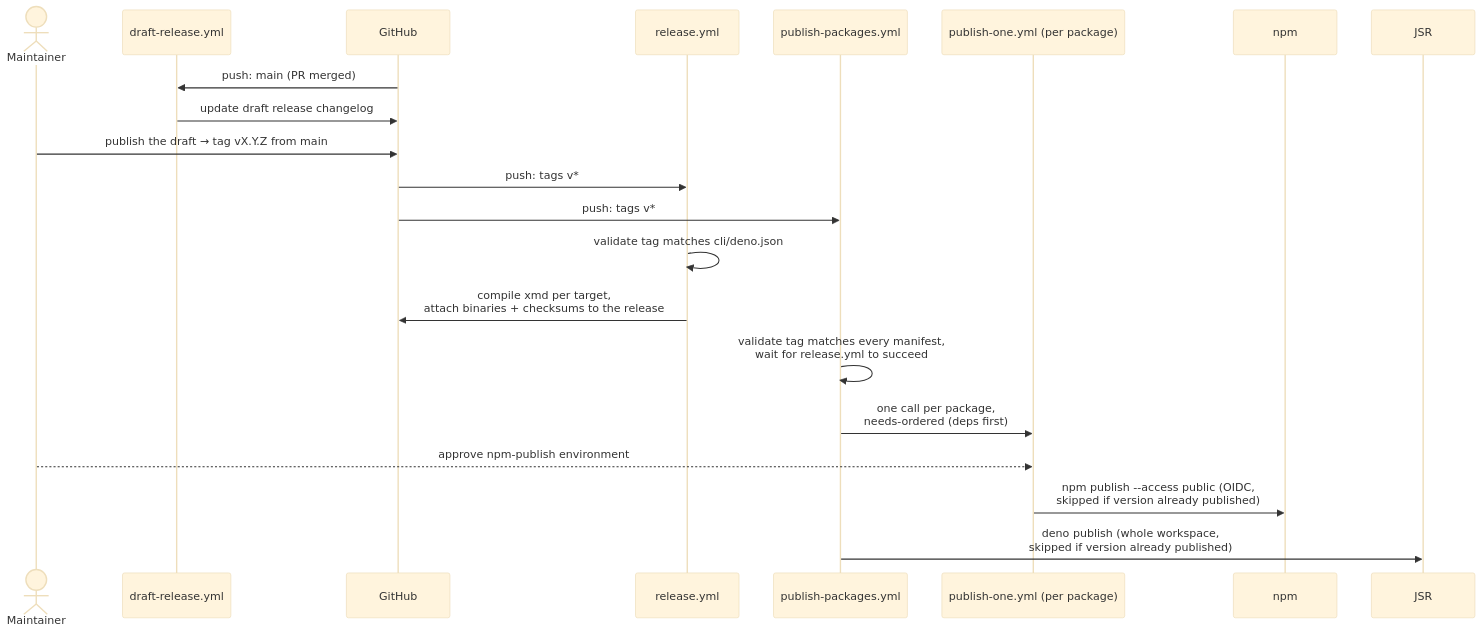
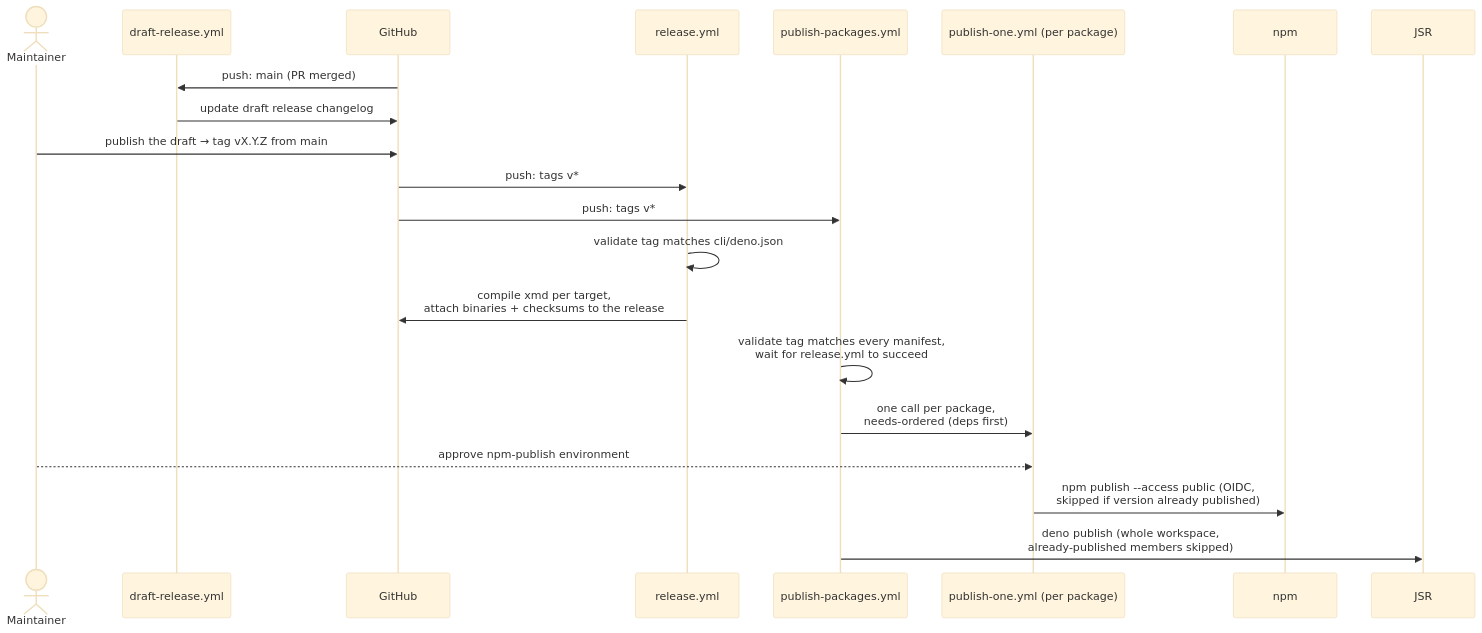
Before and after one commit to taras/executable.md: the diagram in specs/release-process-spec.md, drawn with Mermaid (base theme). The commit also changed other lines of this file and 3 other files, not shown here.

First line of the commit message:
🐛 fix(ci): let deno publish provide JSR idempotency per member

````diff
--- a/specs/release-process-spec.md
+++ b/specs/release-process-spec.md
@@ -24,24 +24,24 @@
 ```mermaid
 sequenceDiagram
     actor M as Maintainer
     participant DR as draft-release.yml
     participant GH as GitHub
     participant R as release.yml
     participant PP as publish-packages.yml
     participant PO as publish-one.yml (per package)
     participant NPM as npm
     participant JSR as JSR
 
     GH->>DR: push: main (PR merged)
     DR->>GH: update draft release changelog
     M->>GH: publish the draft → tag vX.Y.Z from main
     GH->>R: push: tags v*
     GH->>PP: push: tags v*
     R->>R: validate tag matches cli/deno.json
     R->>GH: compile xmd per target,<br/>attach binaries + checksums to the release
     PP->>PP: validate tag matches every manifest,<br/>wait for release.yml to succeed
     PP->>PO: one call per package,<br/>needs-ordered (deps first)
     M-->>PO: approve npm-publish environment
     PO->>NPM: npm publish --access public (OIDC,<br/>skipped if version already published)
-    PP->>JSR: deno publish (whole workspace,<br/>skipped if version already published)
+    PP->>JSR: deno publish (whole workspace,<br/>already-published members skipped)
 ```
````
